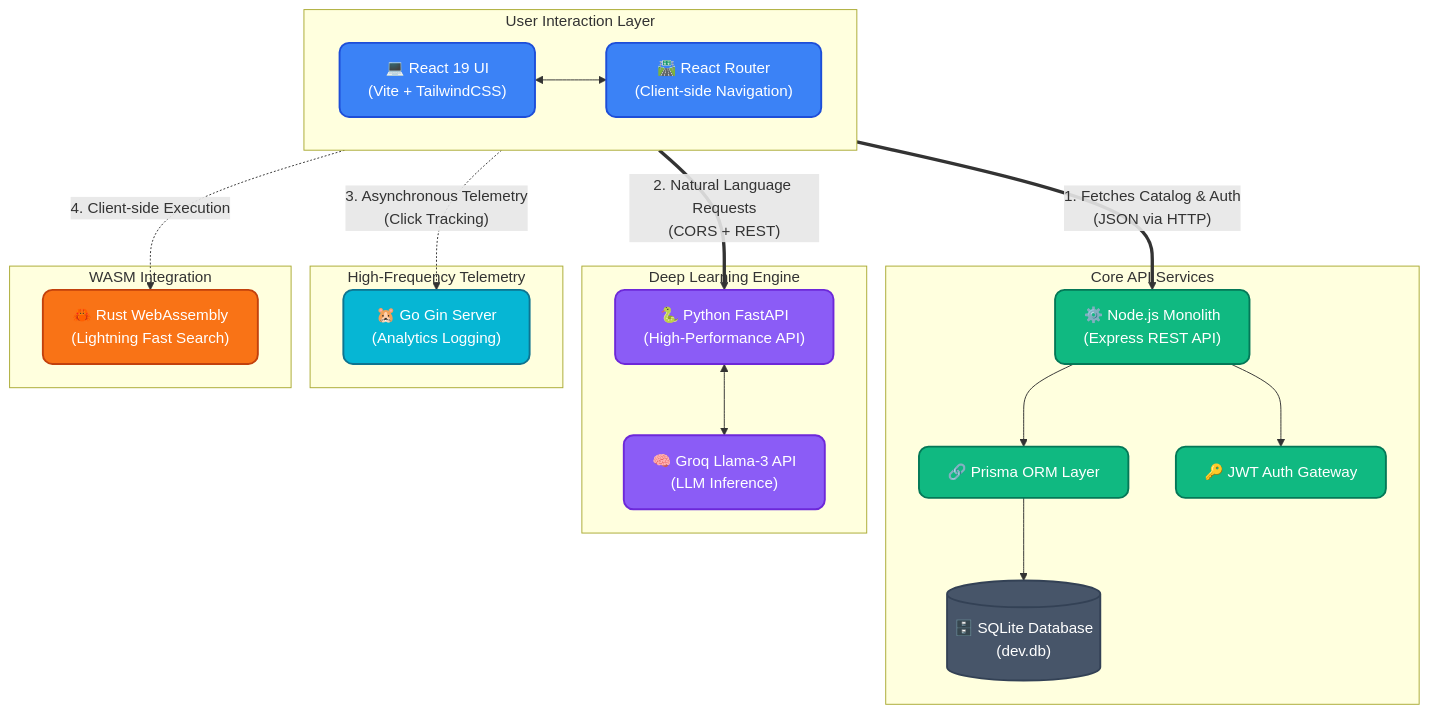
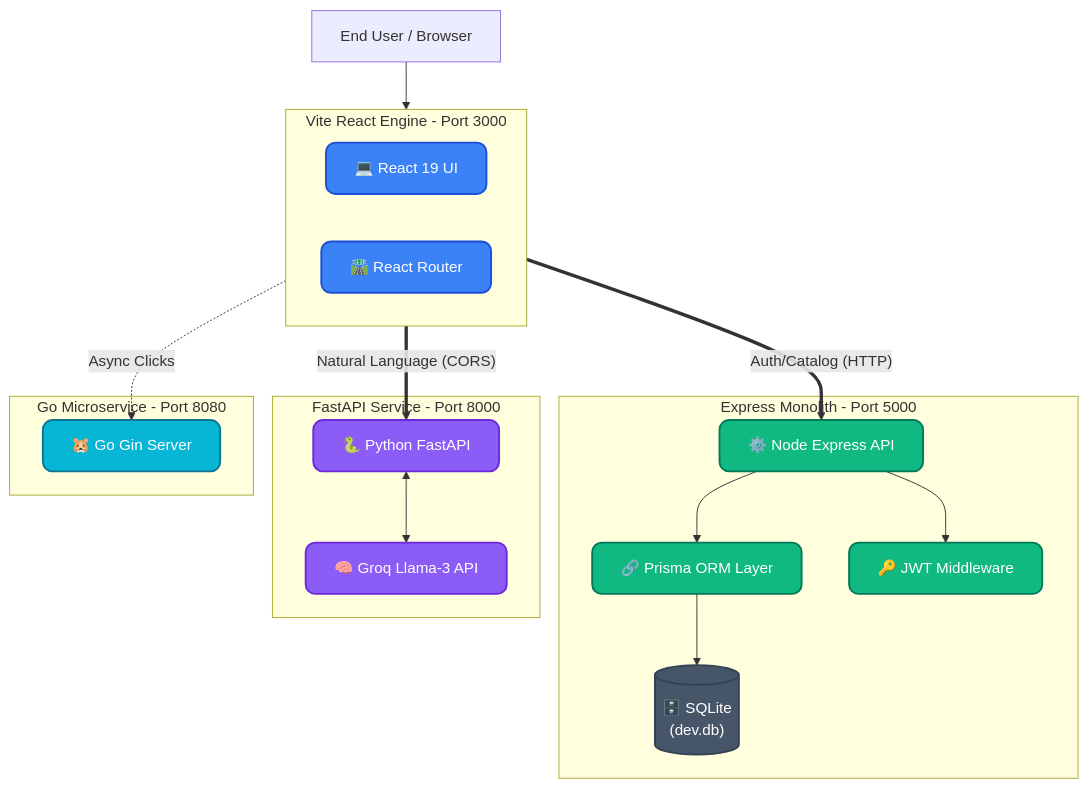
One commit to Neelanjan2448040/anicart-streaming-platform changed the first of 3 diagrams in README.md. Above: the diagram before and after it, drawn with Mermaid. The commit also changed other lines of this file and 1 other file, not shown here.

Commit message:
docs: Overhaul README with OS guides, multiple diagrams, and 4k banner

````diff
--- a/README.md
+++ b/README.md
@@ -29,49 +32,41 @@
 ```mermaid
 graph TB
-    %% Styling
     classDef frontend fill:#3b82f6,stroke:#1d4ed8,stroke-width:2px,color:#fff,rx:10px,ry:10px
     classDef backend fill:#10b981,stroke:#047857,stroke-width:2px,color:#fff,rx:10px,ry:10px
     classDef ai fill:#8b5cf6,stroke:#6d28d9,stroke-width:2px,color:#fff,rx:10px,ry:10px
     classDef go fill:#06b6d4,stroke:#0e7490,stroke-width:2px,color:#fff,rx:10px,ry:10px
     classDef rust fill:#f97316,stroke:#c2410c,stroke-width:2px,color:#fff,rx:10px,ry:10px
     classDef db fill:#475569,stroke:#334155,stroke-width:2px,color:#fff,rx:10px,ry:10px
 
-    subgraph User Interaction Layer
+    User[End User / Browser] --> UI
+    
+    subgraph Client-Side [Vite React Engine - Port 3000]
         direction LR
-        UI["💻 React 19 UI\n(Vite + TailwindCSS)"]:::frontend
-        Router["🛣️ React Router\n(Client-side Navigation)"]:::frontend
-        UI <--> Router
+        UI["💻 React 19 UI"]:::frontend
+        Router["🛣️ React Router"]:::frontend
     end
 
-    subgraph Core API Services
-        API["⚙️ Node.js Monolith\n(Express REST API)"]:::backend
+    subgraph Node.js Core [Express Monolith - Port 5000]
+        API["⚙️ Node Express API"]:::backend
         Prisma["🔗 Prisma ORM Layer"]:::backend
-        Auth["🔑 JWT Auth Gateway"]:::backend
-        SQLite[("🗄️ SQLite Database\n(dev.db)")]:::db
-        
+        Auth["🔑 JWT Middleware"]:::backend
+        SQLite[("🗄️ SQLite\n(dev.db)")]:::db
         API --> Auth
         API --> Prisma
         Prisma --> SQLite
     end
 
-    subgraph Deep Learning Engine
-        FastAPI["🐍 Python FastAPI\n(High-Performance API)"]:::ai
-        Groq["🧠 Groq Llama-3 API\n(LLM Inference)"]:::ai
-        
+    subgraph AI Processing [FastAPI Service - Port 8000]
+        FastAPI["🐍 Python FastAPI"]:::ai
+        Groq["🧠 Groq Llama-3 API"]:::ai
         FastAPI <--> Groq
     end
 
-    subgraph High-Frequency Telemetry
-        Gin["🐹 Go Gin Server\n(Analytics Logging)"]:::go
+    subgraph Telemetry [Go Microservice - Port 8080]
+        Gin["🐹 Go Gin Server"]:::go
     end
 
-    subgraph WASM Integration
-        Rust["🦀 Rust WebAssembly\n(Lightning Fast Search)"]:::rust
-    end
-
-    %% Network Routing
-    UI =="1. Fetches Catalog & Auth\n(JSON via HTTP)"==> API
-    UI =="2. Natural Language Requests\n(CORS + REST)"==> FastAPI
-    UI -. "3. Asynchronous Telemetry\n(Click Tracking)" .-> Gin
-    UI -. "4. Client-side Execution" .-> Rust
+    UI == "Auth/Catalog (HTTP)" ==> API
+    UI == "Natural Language (CORS)" ==> FastAPI
+    UI -. "Async Clicks" .-> Gin
 ```
````
